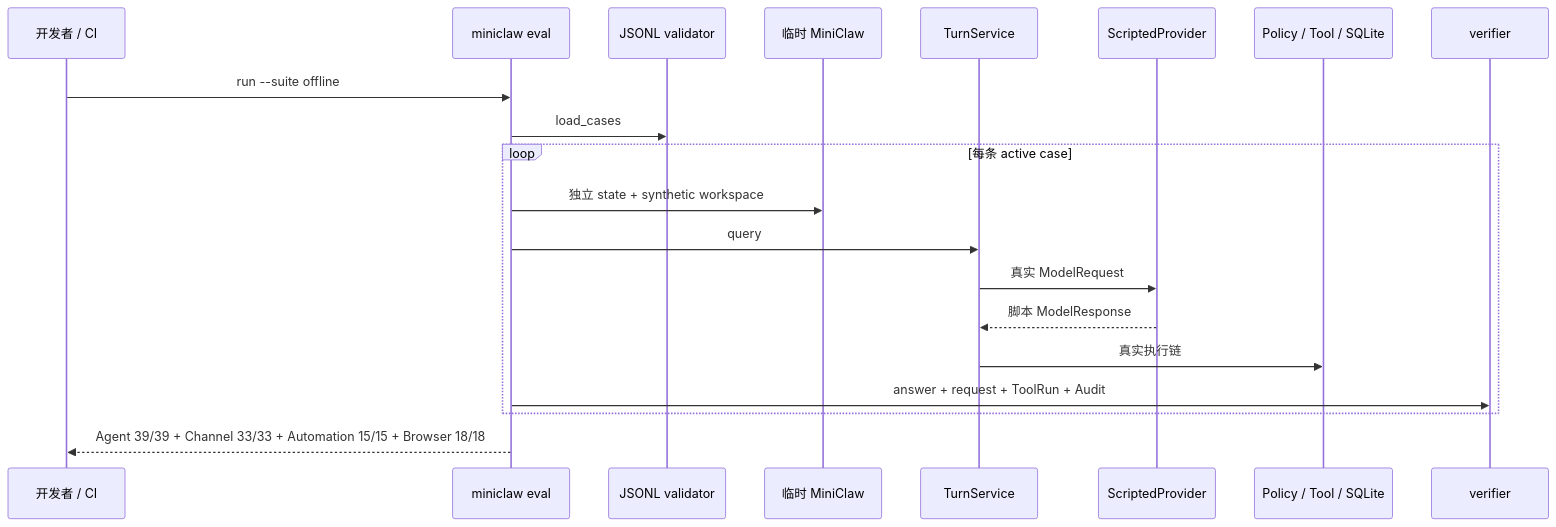
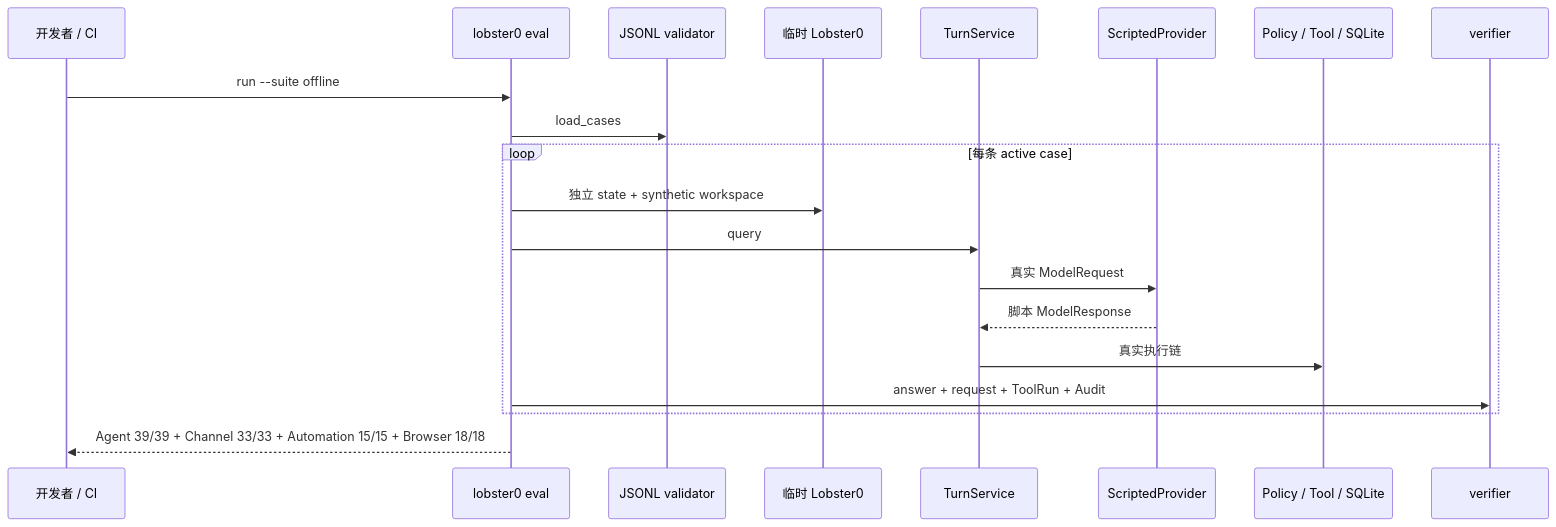
Before and after one commit to NEDONION/lobster0: diagram 11 of 14 in docs/architecture/20260807_系统架构.md, drawn with Mermaid. The commit also changed other lines of this file and 221 other files, not shown here.

````diff
--- a/docs/architecture/20260807_系统架构.md
+++ b/docs/architecture/20260807_系统架构.md
@@ -395,23 +395,23 @@
 ```mermaid
 sequenceDiagram
     participant Dev as 开发者 / CI
-    participant CLI as miniclaw eval
+    participant CLI as lobster0 eval
     participant Loader as JSONL validator
-    participant Temp as 临时 MiniClaw
+    participant Temp as 临时 Lobster0
     participant Turn as TurnService
     participant Fake as ScriptedProvider
     participant Tool as Policy / Tool / SQLite
     participant Verify as verifier
 
     Dev->>CLI: run --suite offline
     CLI->>Loader: load_cases
     loop 每条 active case
         CLI->>Temp: 独立 state + synthetic workspace
         CLI->>Turn: query
         Turn->>Fake: 真实 ModelRequest
         Fake-->>Turn: 脚本 ModelResponse
         Turn->>Tool: 真实执行链
         CLI->>Verify: answer + request + ToolRun + Audit
     end
     CLI-->>Dev: Agent 39/39 + Channel 33/33 + Automation 15/15 + Browser 18/18
 ```
````
